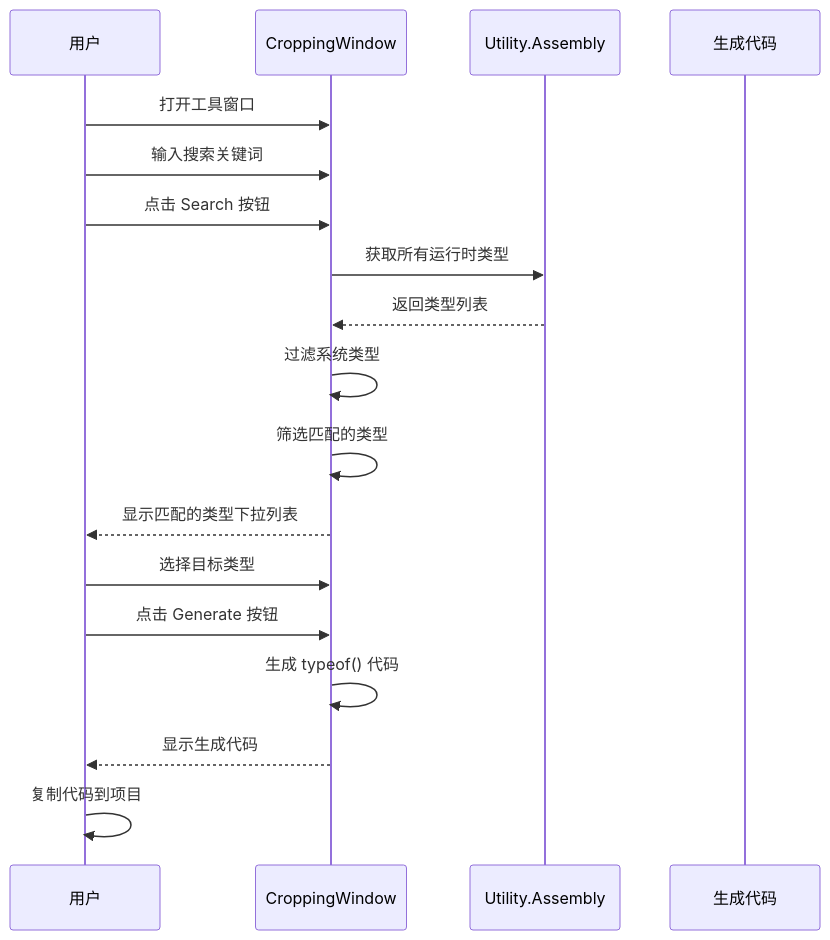
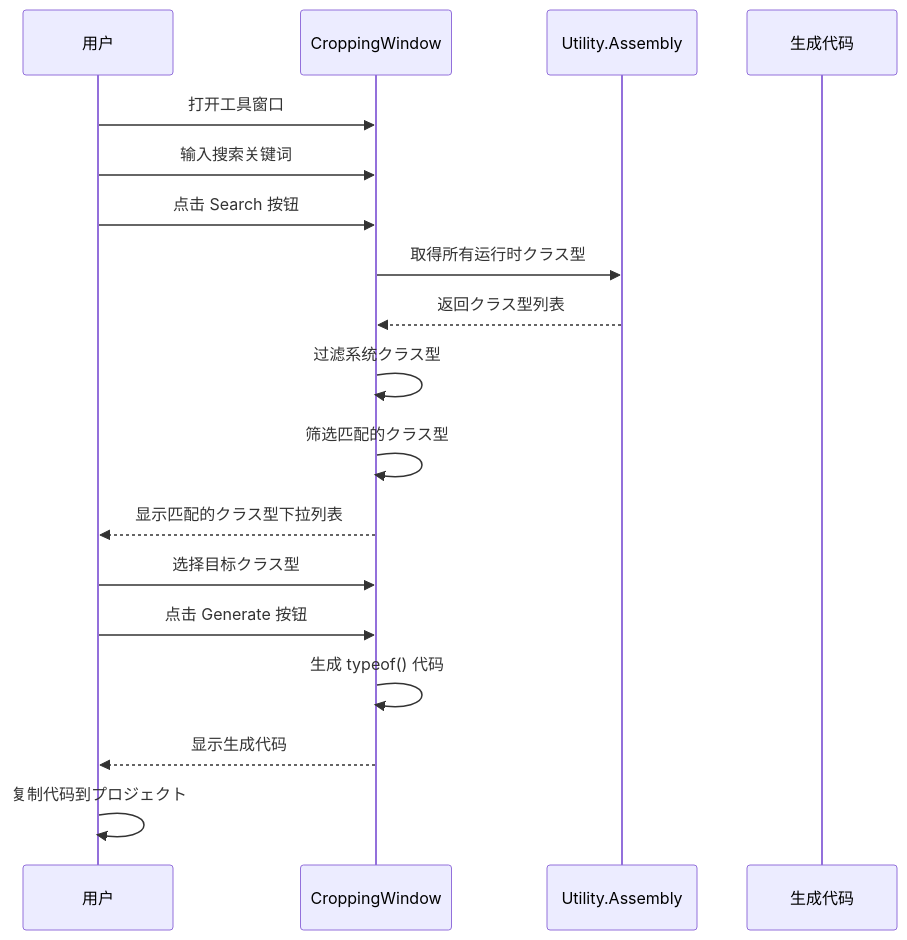
One commit to AlianBlank/GameFrameX.Docs changed the second of 2 diagrams in docs/ja/client/unity/component/core/15.cropping-tool.md. Above: the diagram before and after it, drawn with Mermaid. The commit also changed other lines of this file and 603 other files, not shown here.

````diff
--- a/docs/ja/client/unity/component/core/15.cropping-tool.md
+++ b/docs/ja/client/unity/component/core/15.cropping-tool.md
@@ -53,21 +53,21 @@
 ```mermaid
 sequenceDiagram
     participant User as 用户
     participant Window as CroppingWindow
     participant Assembly as Utility.Assembly
     participant Output as 生成代码
 
     User->>Window: 打开工具窗口
     User->>Window: 输入搜索关键词
     User->>Window: 点击 Search 按钮
-    Window->>Assembly: 获取所有运行时类型
-    Assembly-->>Window: 返回类型列表
-    Window->>Window: 过滤系统类型
-    Window->>Window: 筛选匹配的类型
-    Window-->>User: 显示匹配的类型下拉列表
-    User->>Window: 选择目标类型
+    Window->>Assembly: 取得所有运行时クラス型
+    Assembly-->>Window: 返回クラス型列表
+    Window->>Window: 过滤系统クラス型
+    Window->>Window: 筛选匹配的クラス型
+    Window-->>User: 显示匹配的クラス型下拉列表
+    User->>Window: 选择目标クラス型
     User->>Window: 点击 Generate 按钮
     Window->>Window: 生成 typeof() 代码
     Window-->>User: 显示生成代码
-    User->>User: 复制代码到项目
+    User->>User: 复制代码到プロジェクト
 ```
````
